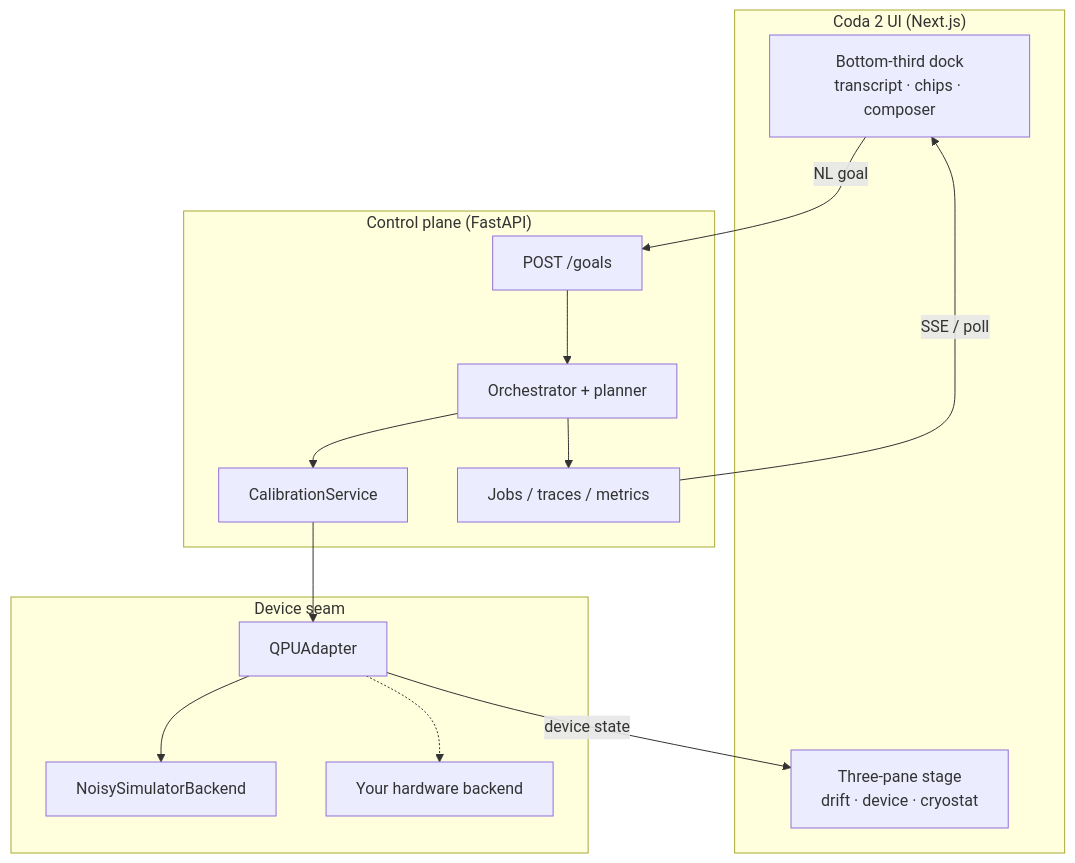
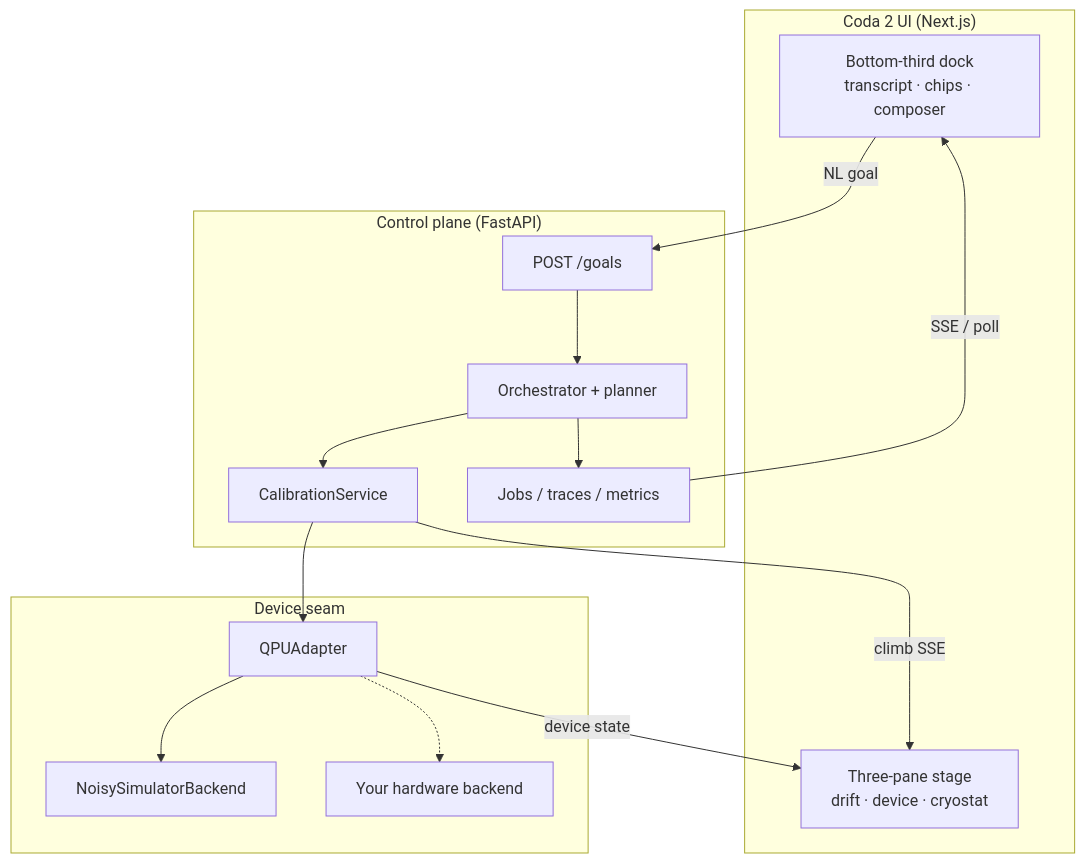
The first of 2 diagrams in README.md (mariodelgado/coda-2), drawn with Mermaid before and after one commit. The commit also changed 15 other files, not shown here.

First line of the commit message:
feat(cal): stream calibration climb over SSE (#41)

````diff
--- a/README.md
+++ b/README.md
@@ -70,28 +70,29 @@
 ```mermaid
 flowchart TB
   subgraph UI["Coda 2 UI (Next.js)"]
     Stage["Three-pane stage<br/>drift · device · cryostat"]
     Dock["Bottom-third dock<br/>transcript · chips · composer"]
   end
 
   subgraph API["Control plane (FastAPI)"]
     Goals["POST /goals"]
     Orch["Orchestrator + planner"]
     Cal["CalibrationService"]
     Jobs["Jobs / traces / metrics"]
   end
 
   subgraph Device["Device seam"]
     Adapter["QPUAdapter"]
     Sim["NoisySimulatorBackend"]
     HW["Your hardware backend"]
   end
 
   Dock -->|NL goal| Goals --> Orch
   Orch --> Cal --> Adapter
   Orch --> Jobs
   Adapter --> Sim
   Adapter -.-> HW
   Jobs -->|SSE / poll| Dock
+  Cal -->|climb SSE| Stage
   Adapter -->|device state| Stage
 ```
````
